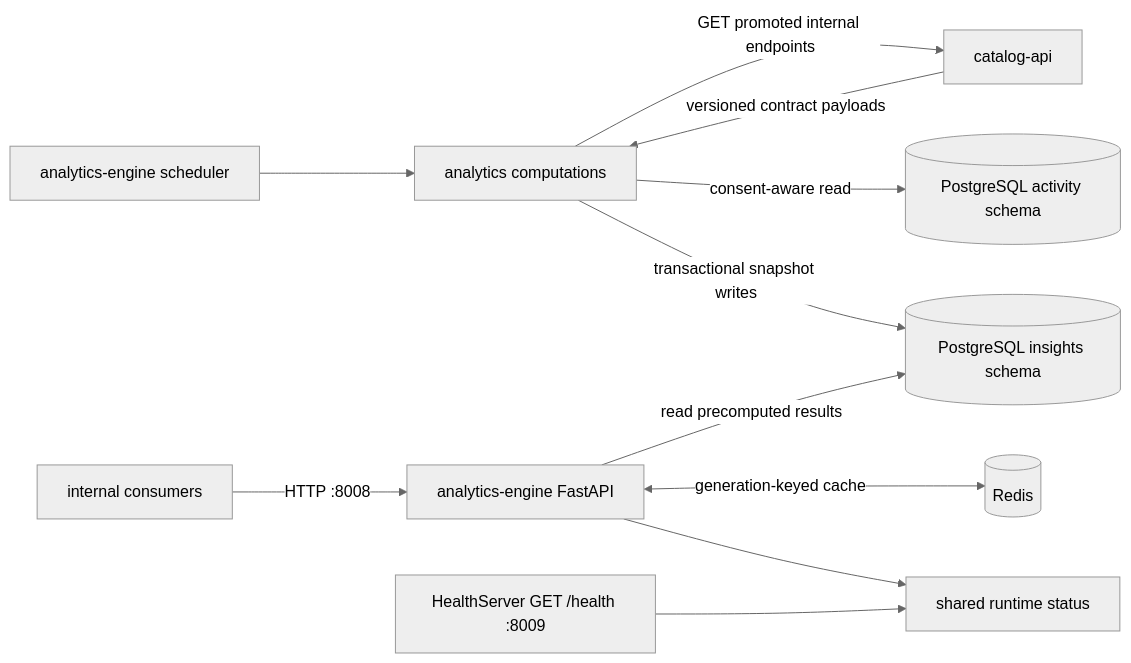
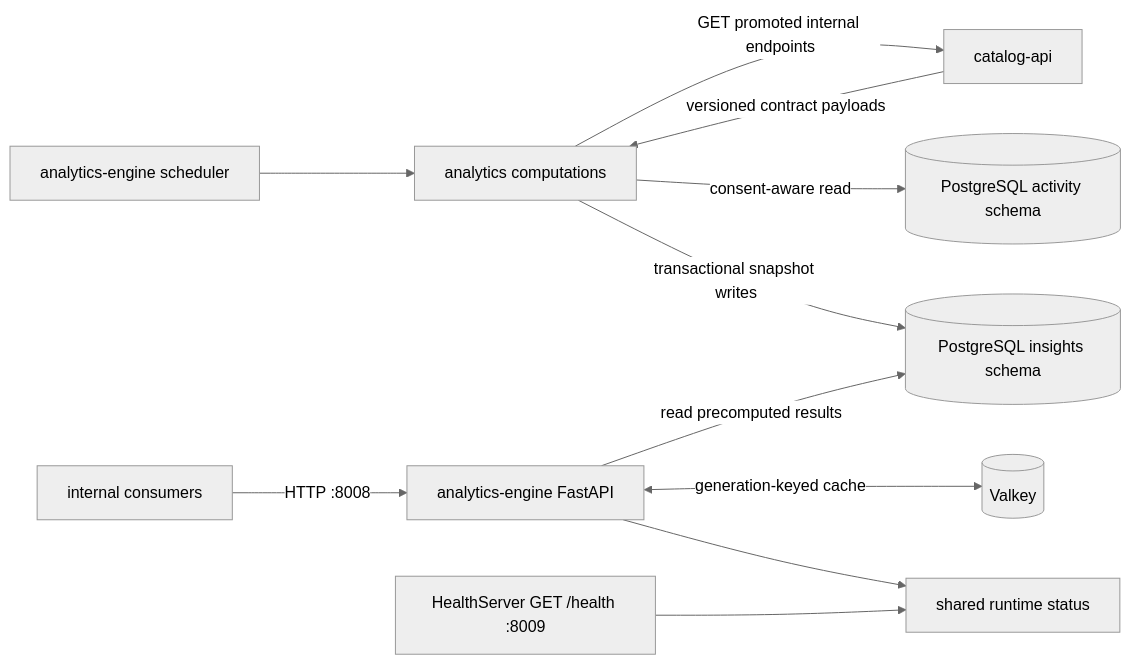
One commit to groovemap-music/analytics-engine changed the diagram in docs/architecture.md. Above: the diagram before and after it, drawn with Mermaid (neutral theme). The commit also changed other lines of this file and 13 other files, not shown here.

Commit message:
feat(cache): migrate analytics client and naming to Valkey

````diff
--- a/docs/architecture.md
+++ b/docs/architecture.md
@@ -5,13 +5,13 @@
 ```mermaid
 flowchart LR
     Scheduler[analytics-engine scheduler] --> Compute[analytics computations]
     Compute -->|GET promoted internal endpoints| Catalog[catalog-api]
     Compute -->|consent-aware read| Activity[(PostgreSQL activity schema)]
     Catalog -->|versioned contract payloads| Compute
     Compute -->|transactional snapshot writes| Postgres[(PostgreSQL insights schema)]
     Clients[internal consumers] -->|HTTP :8008| API
     API[analytics-engine FastAPI] -->|read precomputed results| Postgres
-    API <-->|generation-keyed cache| Redis[(Redis)]
+    API <-->|generation-keyed cache| Valkey[(Valkey)]
     API --> Runtime[shared runtime status]
     Health[HealthServer GET /health :8009] --> Runtime
 ```
````
